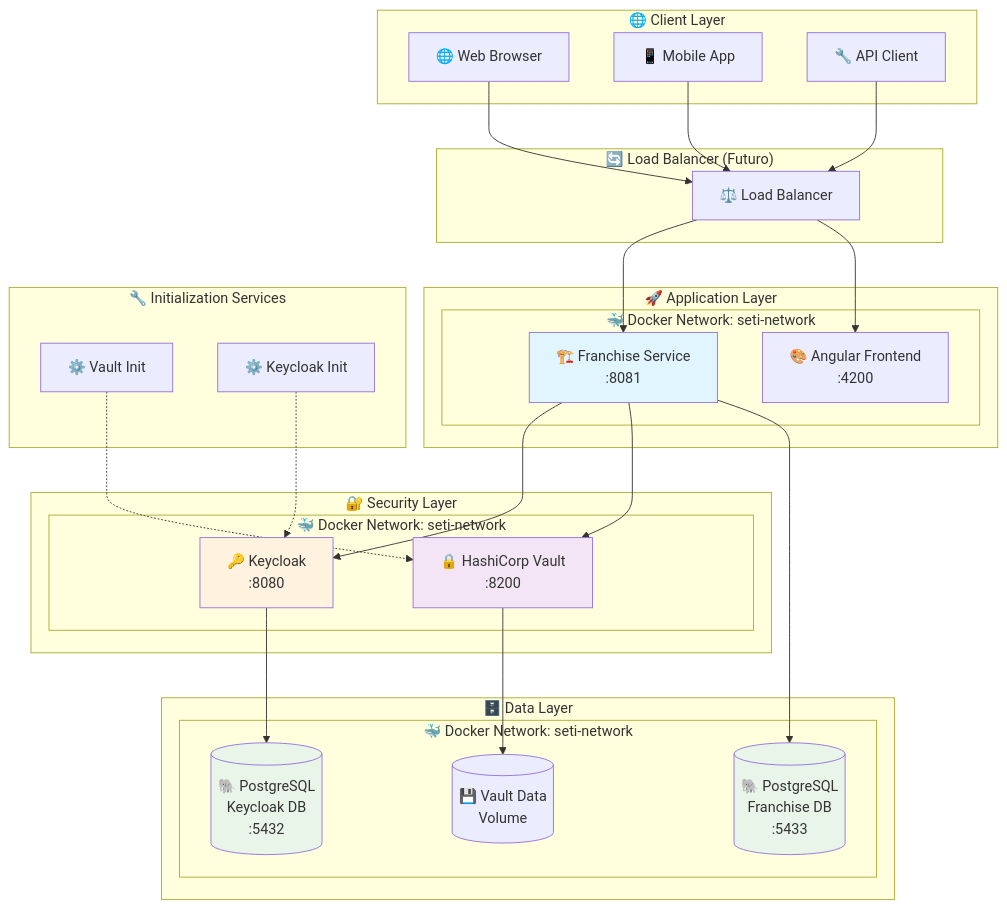
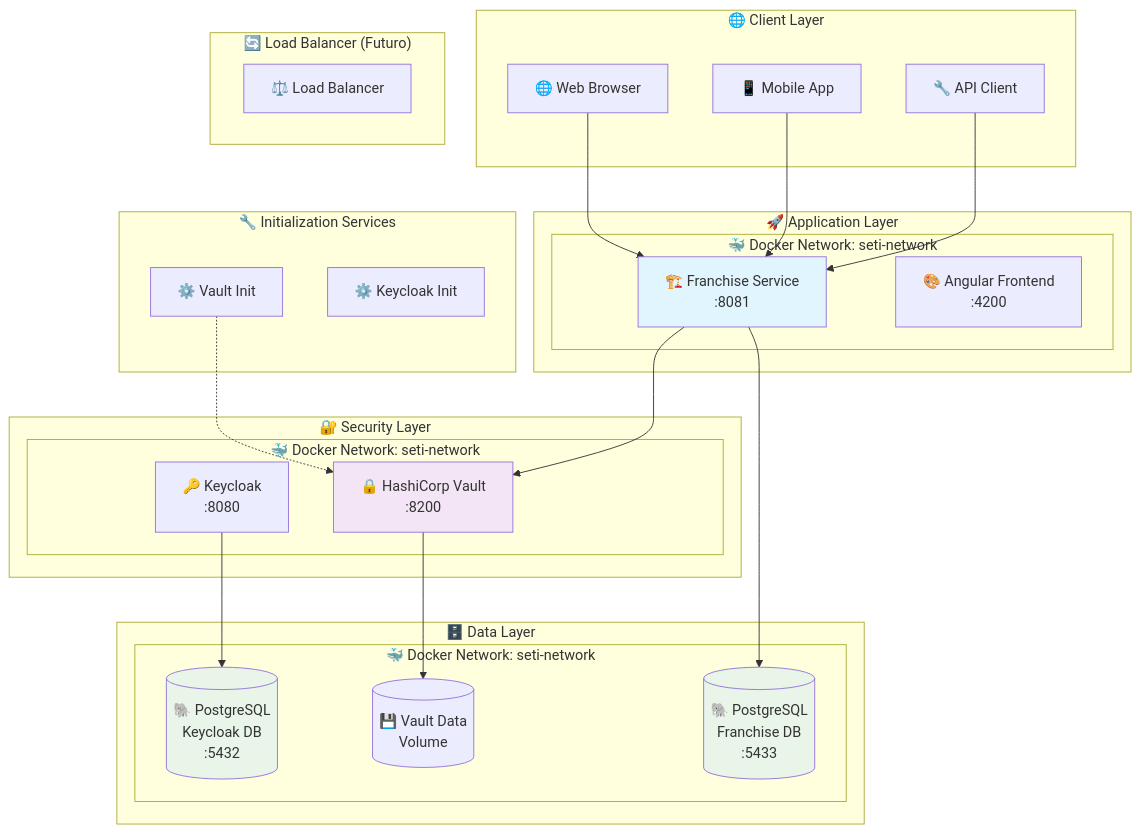
One commit to emosquerafs/seti changed the fourth of 18 diagrams in README.md. Above: the diagram before and after it, drawn with Mermaid. The commit also changed other lines of this file, not shown here.

Commit message:
feat: remove advanced security section and Keycloak references from README.md

````diff
--- a/README.md
+++ b/README.md
@@ -197,62 +192,57 @@
 ```mermaid
 graph TB
     subgraph "🌐 Client Layer"
         WEB[🌐 Web Browser]
         MOBILE[📱 Mobile App]
         API_CLIENT[🔧 API Client]
     end
     
     subgraph "🔄 Load Balancer (Futuro)"
         LB[⚖️ Load Balancer]
     end
     
     subgraph "🚀 Application Layer"
         subgraph "🐳 Docker Network: seti-network"
             BACKEND[🏗️ Franchise Service<br/>:8081]
             FRONTEND[🎨 Angular Frontend<br/>:4200]
         end
     end
     
     subgraph "🔐 Security Layer"
         subgraph "🐳 Docker Network: seti-network"
             KEYCLOAK[🔑 Keycloak<br/>:8080]
             VAULT[🔒 HashiCorp Vault<br/>:8200]
         end
     end
     
     subgraph "🗄️ Data Layer"
         subgraph "🐳 Docker Network: seti-network"
             PG_KC[(🐘 PostgreSQL<br/>Keycloak DB<br/>:5432)]
             PG_APP[(🐘 PostgreSQL<br/>Franchise DB<br/>:5433)]
             VAULT_DATA[(💾 Vault Data<br/>Volume)]
         end
     end
     
     subgraph "🔧 Initialization Services"
         VAULT_INIT[⚙️ Vault Init]
         KC_INIT[⚙️ Keycloak Init]
     end
     
-    WEB --> LB
-    MOBILE --> LB
-    API_CLIENT --> LB
+    WEB --> BACKEND
+    MOBILE --> BACKEND
+    API_CLIENT --> BACKEND   
     
-    LB --> BACKEND
-    LB --> FRONTEND
     
-    BACKEND --> KEYCLOAK
     BACKEND --> VAULT
     BACKEND --> PG_APP
     
     KEYCLOAK --> PG_KC
     VAULT --> VAULT_DATA
     
-    VAULT_INIT -.-> VAULT
-    KC_INIT -.-> KEYCLOAK
+    VAULT_INIT -.-> VAULT    
     
-    style BACKEND fill:#e1f5fe
-    style KEYCLOAK fill:#fff3e0
+    style BACKEND fill:#e1f5fe    
     style VAULT fill:#f3e5f5
     style PG_KC fill:#e8f5e8
     style PG_APP fill:#e8f5e8
 ```
````
